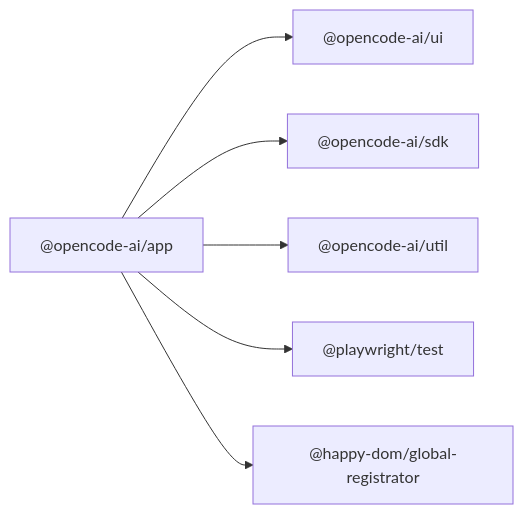
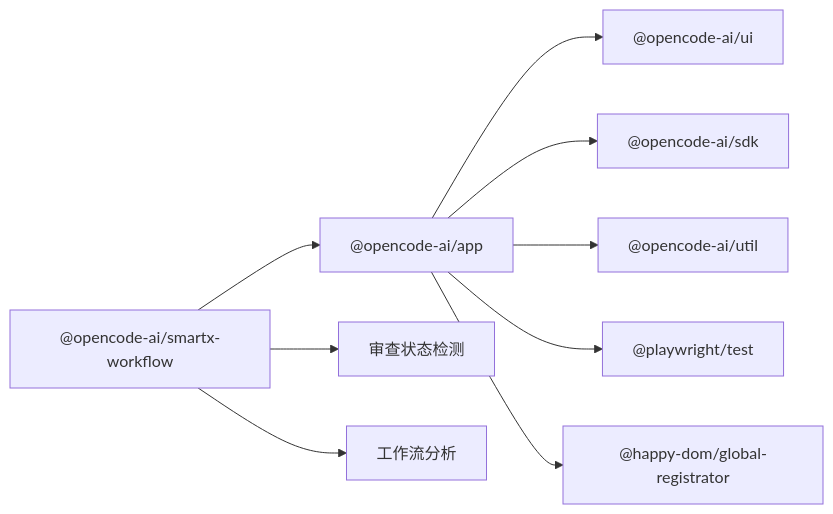
The fourth of 4 diagrams in .lingma/repowiki/zh/content/开发者指南/测试策略.md (89780012/opencode), drawn with Mermaid before and after one commit. The commit also changed other lines of this file and 7 other files, not shown here.

````diff
--- a/.lingma/repowiki/zh/content/开发者指南/测试策略.md
+++ b/.lingma/repowiki/zh/content/开发者指南/测试策略.md
@@ -212,8 +281,11 @@
 ```mermaid
 graph LR
 App["@opencode-ai/app"] --> UI["@opencode-ai/ui"]
 App --> SDK["@opencode-ai/sdk"]
 App --> Util["@opencode-ai/util"]
 App --> PW["@playwright/test"]
 App --> HD["@happy-dom/global-registrator"]
+SmartX["@opencode-ai/smartx-workflow"] --> App
+SmartX --> ReviewState["审查状态检测"]
+SmartX --> WorkflowAnalysis["工作流分析"]
 ```
````
